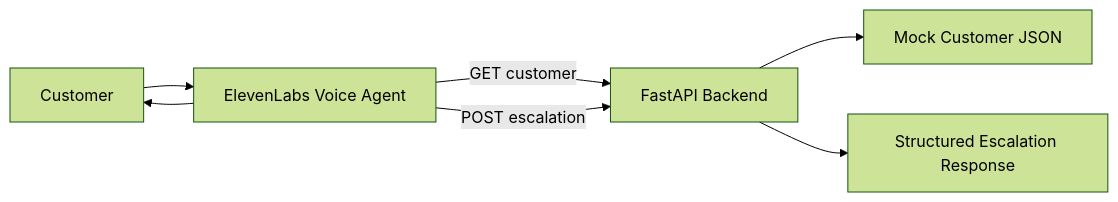
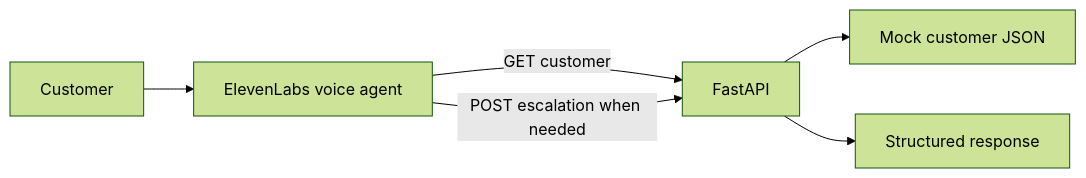
The diagram in README.md (tobivader/voice-support-triage-elevenlabs), drawn with Mermaid (forest theme) before and after one commit. The commit also changed other lines of this file and 2 other files, not shown here.

Commit message:
docs: polish project and embed published agent

````diff
--- a/README.md
+++ b/README.md
@@ -30,9 +11,8 @@
 ```mermaid
 flowchart LR
-    A[Customer] --> B[ElevenLabs Voice Agent]
-    B -->|GET customer| C[FastAPI Backend]
-    C --> D[Mock Customer JSON]
-    B -->|POST escalation| C
-    C --> E[Structured Escalation Response]
-    B --> A
+    A[Customer] --> B[ElevenLabs voice agent]
+    B -->|GET customer| C[FastAPI]
+    C --> D[Mock customer JSON]
+    B -->|POST escalation when needed| C
+    C --> E[Structured response]
 ```
````
